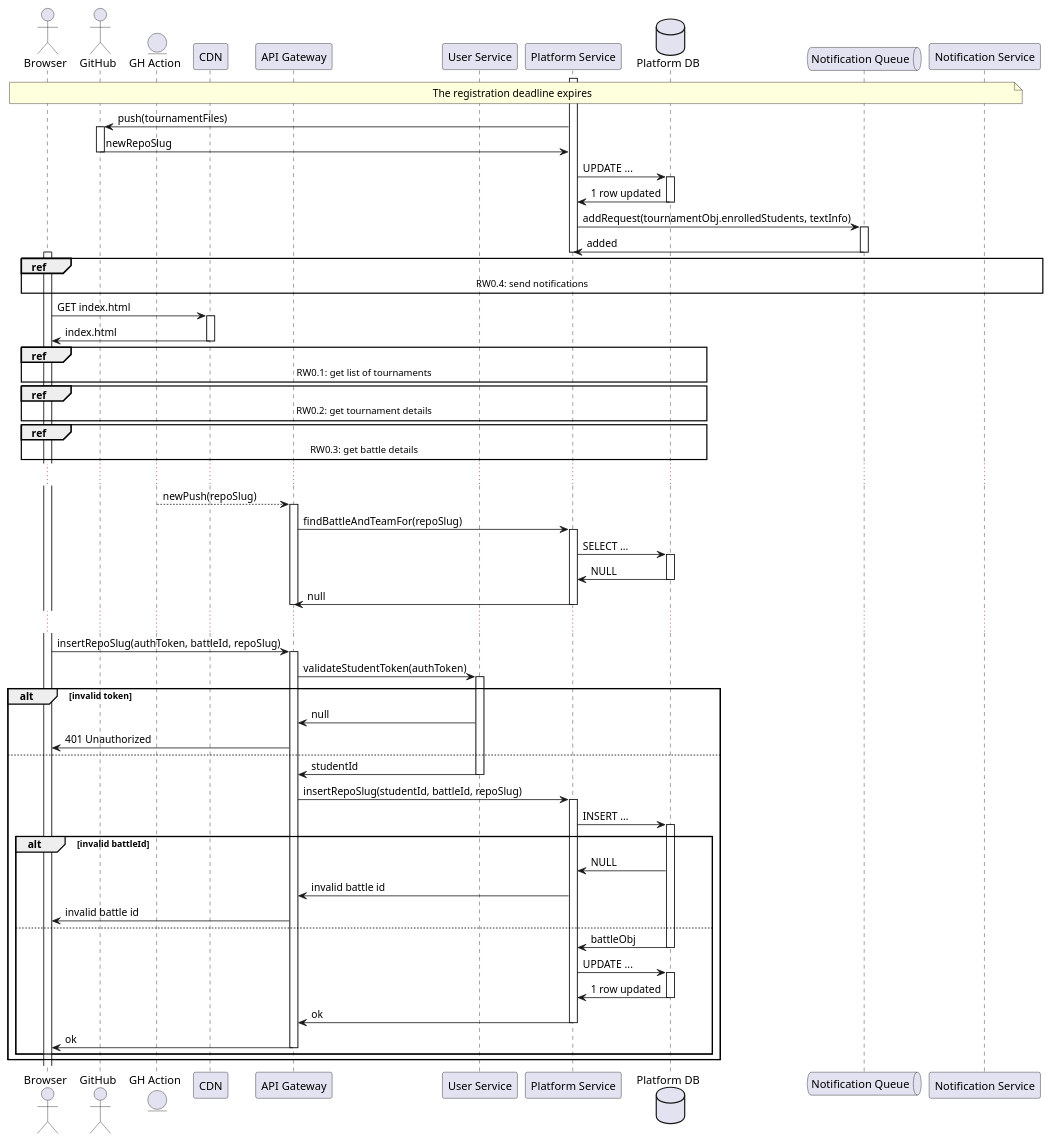
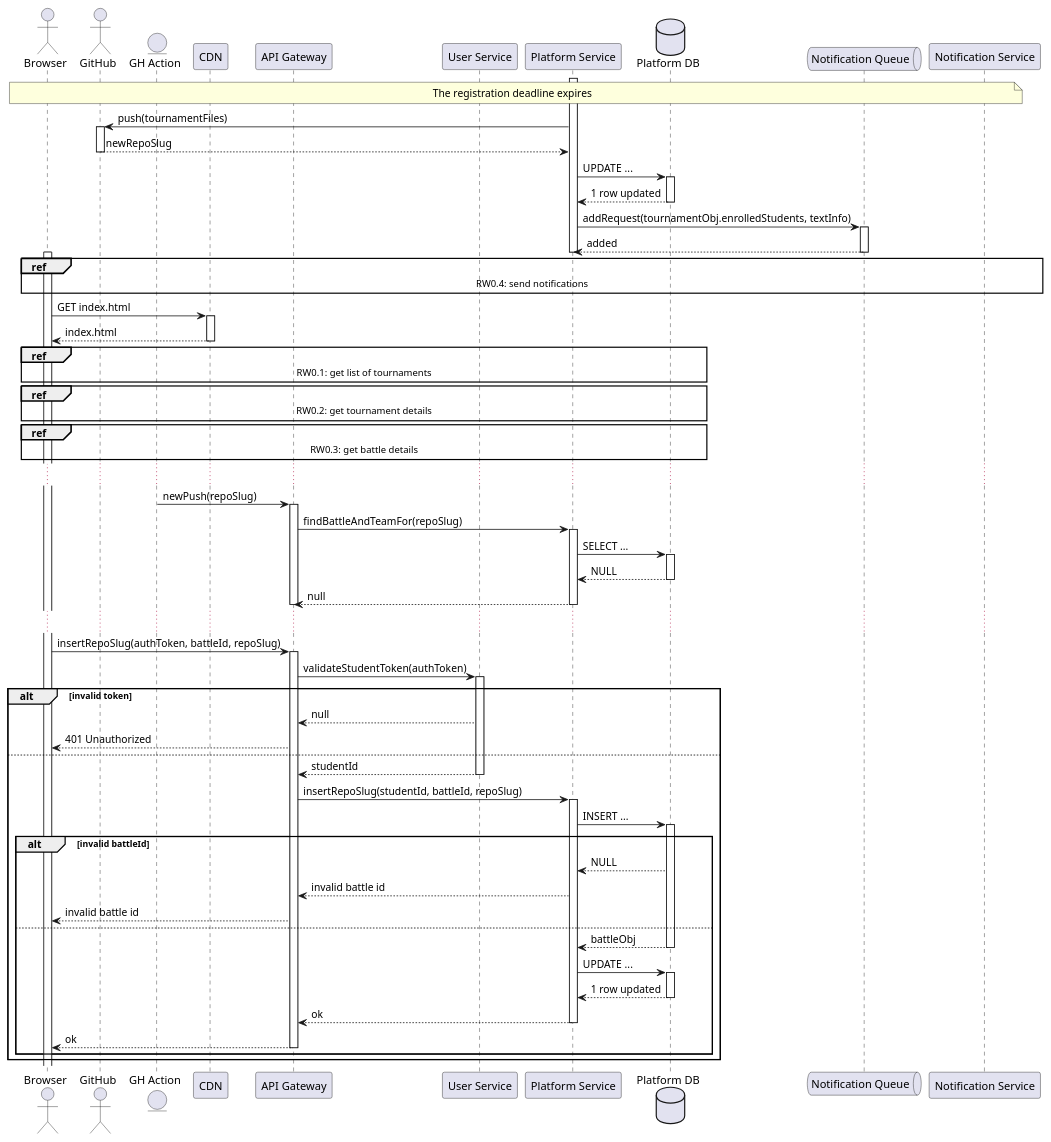
One commit to Furrrlo/CodeKataBattle changed the diagram in dd/puml/rw6.puml. Above: the diagram before and after it, drawn with PlantUML. The commit also changed 13 other files, not shown here.

Commit message:
Fix response dotted lines in RW seq diagrams

```diff
--- a/dd/puml/rw6.puml
+++ b/dd/puml/rw6.puml
@@ -1,77 +1,77 @@
 @startuml RW9 - Educator closes a tournament
 
 actor Browser
 actor "GitHub" as gh
 entity "GH Action" as gha
 participant CDN
 participant "API Gateway" as gateway
 participant "User Service" as auth
 
 participant "Platform Service" as platform
 database "Platform DB" as platformDb
 
 participant "Platform Service" as platform
 database "Platform DB" as platformDb
 
 queue  "Notification Queue" as notificationQueue
 participant "Notification Service" as notification
 
 note across: The registration deadline expires
 
 activate platform
 platform -> gh ++ : push(tournamentFiles)
-platform <- gh -- : newRepoSlug
+platform <-- gh -- : newRepoSlug
 platform -> platformDb ++ : UPDATE ...
-platform <- platformDb -- : 1 row updated
+platform <-- platformDb -- : 1 row updated
 
 platform -> notificationQueue ++ : addRequest(tournamentObj.enrolledStudents, textInfo)
-platform <- notificationQueue --: added
+platform <-- notificationQueue --: added
 
 deactivate platform
 activate Browser
 
 ref over Browser, gateway, auth, platform, platformDb, notificationQueue, notification: RW0.4: send notifications
  
 Browser -> CDN ++ : GET index.html
-Browser <- CDN -- : index.html
+Browser <-- CDN -- : index.html
 
 ref over Browser, gateway, auth, platform, platformDb: RW0.1: get list of tournaments
 ref over Browser, gateway, auth, platform, platformDb: RW0.2: get tournament details
 ref over Browser, gateway, auth, platform, platformDb: RW0.3: get battle details
 
 ...
-gha --> gateway ++ : newPush(repoSlug)
+gha -> gateway ++ : newPush(repoSlug)
 gateway -> platform ++ : findBattleAndTeamFor(repoSlug)
 platform -> platformDb ++ : SELECT ...  
-platform <- platformDb -- : NULL
-gateway <- platform -- : null
+platform <-- platformDb -- : NULL
+gateway <-- platform -- : null
 deactivate gateway
 ...
 
 Browser -> gateway ++ : insertRepoSlug(authToken, battleId, repoSlug)
 gateway -> auth ++ : validateStudentToken(authToken)
 alt invalid token
-    gateway <- auth : null
-    Browser <- gateway : 401 Unauthorized
+    gateway <-- auth : null
+    Browser <-- gateway : 401 Unauthorized
 else
-    gateway <- auth -- : studentId
+    gateway <-- auth -- : studentId
     gateway -> platform ++ : insertRepoSlug(studentId, battleId, repoSlug)
 
     platform -> platformDb ++ : INSERT ...
 
     alt invalid battleId
-        platform <- platformDb : NULL
-        gateway <- platform : invalid battle id
-        Browser <- gateway : invalid battle id
+        platform <-- platformDb : NULL
+        gateway <-- platform : invalid battle id
+        Browser <-- gateway : invalid battle id
     else
-        platform <- platformDb -- : battleObj
+        platform <-- platformDb -- : battleObj
         platform -> platformDb ++ : UPDATE ...
-        platform <- platformDb -- : 1 row updated
+        platform <-- platformDb -- : 1 row updated
 
-        gateway <- platform -- : ok
-        Browser <- gateway -- : ok
+        gateway <-- platform -- : ok
+        Browser <-- gateway -- : ok
     end
 end
 
 
 @enduml
```
